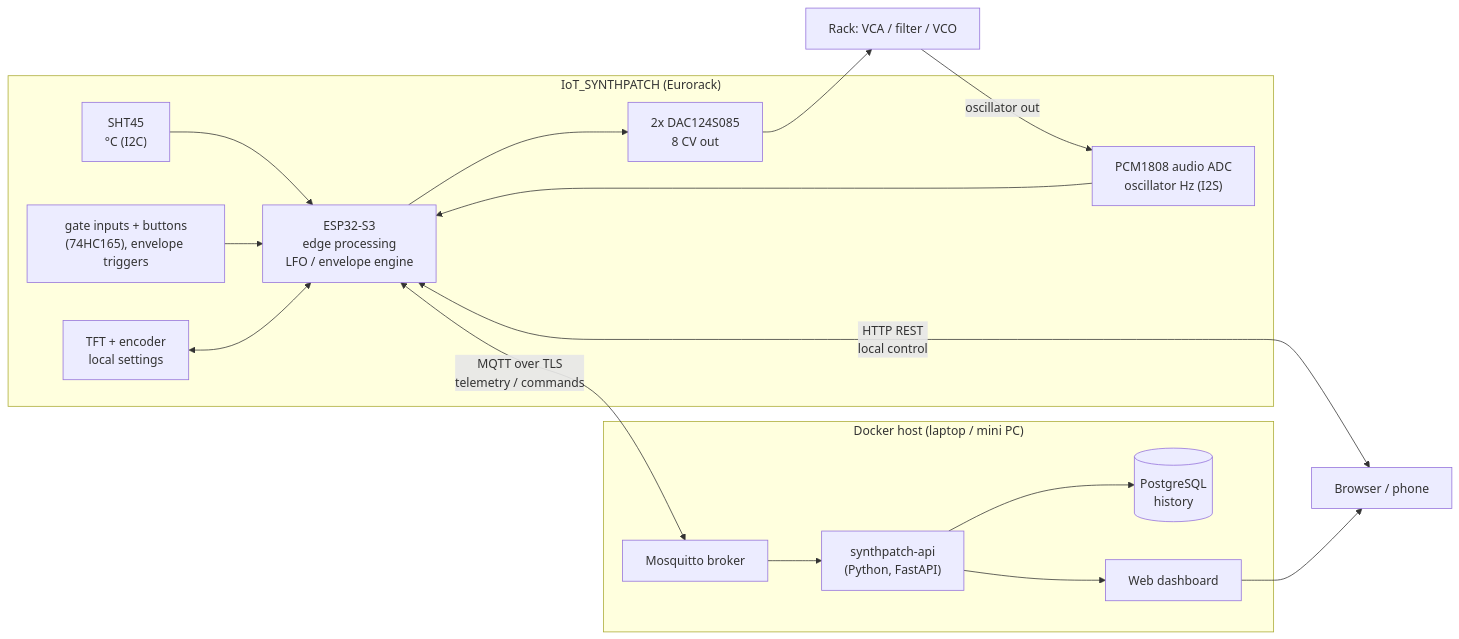
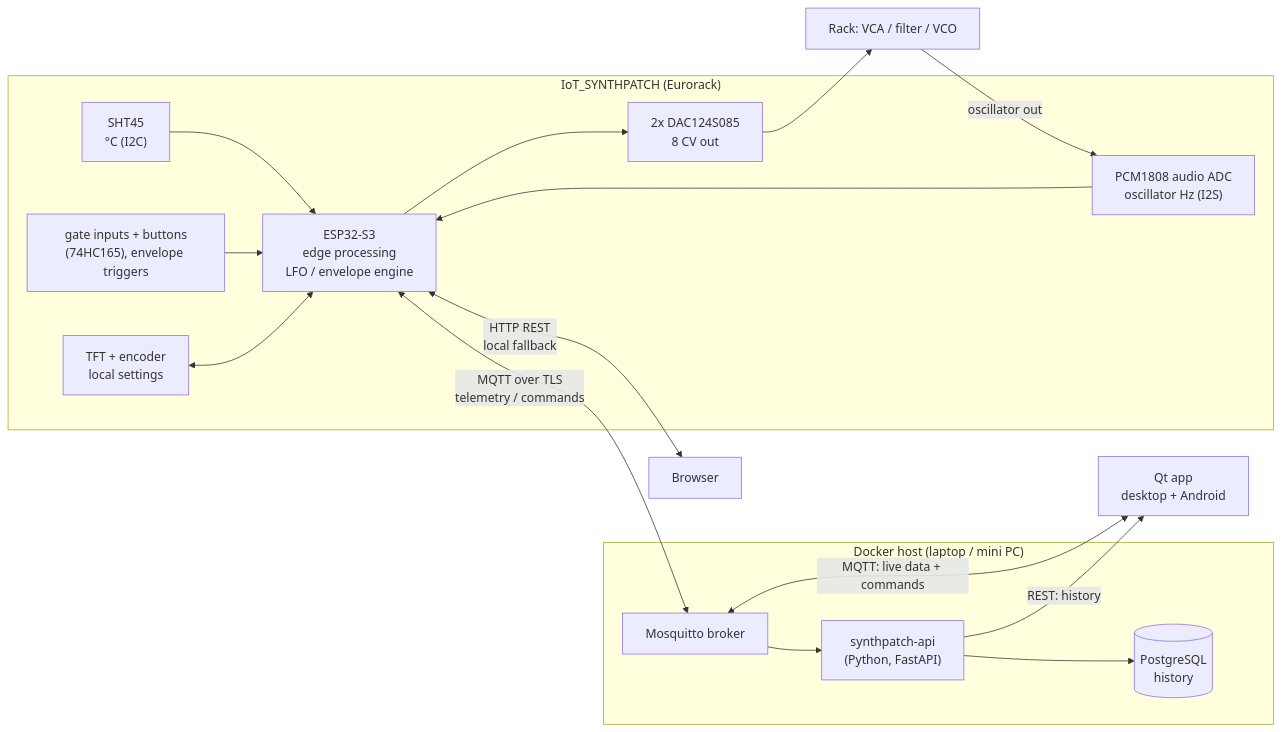
The diagram in docs/iot-project-plan.md (jmartens90/IoT_SynthPatch), drawn with Mermaid before and after one commit. The commit also changed other lines of this file and 21 other files, not shown here.

````diff
--- a/docs/iot-project-plan.md
+++ b/docs/iot-project-plan.md
@@ -25,20 +25,20 @@
 ```mermaid
 flowchart LR
   subgraph Module["IoT_SYNTHPATCH (Eurorack)"]
     SHT45["SHT45<br/>°C (I2C)"] --> ESP
     ADC["PCM1808 audio ADC<br/>oscillator Hz (I2S)"] --> ESP
     GATES["gate inputs + buttons<br/>(74HC165), envelope triggers"] --> ESP
     ENC["TFT + encoder<br/>local settings"] <--> ESP
     ESP["ESP32-S3<br/>edge processing<br/>LFO / envelope engine"] --> DACS["2x DAC124S085<br/>8 CV out"]
   end
   ESP <-- "MQTT over TLS<br/>telemetry / commands" --> MQ["Mosquitto broker"]
-  ESP <-- "HTTP REST<br/>local control" --> Browser
+  ESP <-- "HTTP REST<br/>local fallback" --> Browser["Browser"]
   subgraph Server["Docker host (laptop / mini PC)"]
     MQ --> API["synthpatch-api<br/>(Python, FastAPI)"]
     API --> DB[("PostgreSQL<br/>history")]
-    API --> DASH["Web dashboard"]
   end
-  DASH --> Browser["Browser / phone"]
+  MQ <-- "MQTT: live data + commands" --> APP["Qt app<br/>desktop + Android"]
+  API -- "REST: history" --> APP
   DACS --> VCO["Rack: VCA / filter / VCO"]
   VCO -- "oscillator out" --> ADC
 ```
````
